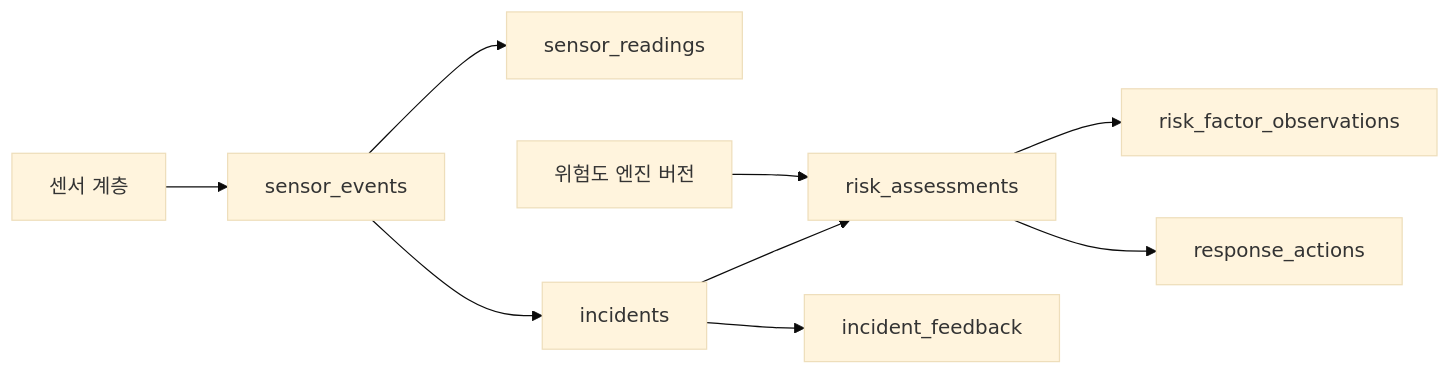
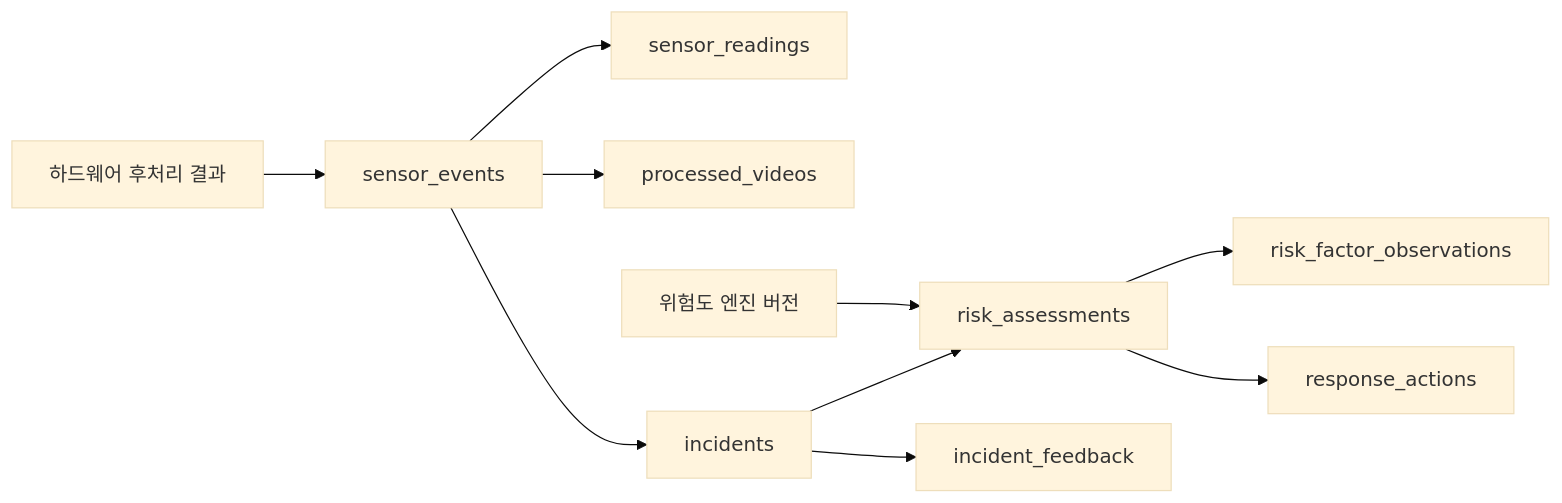
Before and after one commit to Uree1229/Risk-ZERO: the second of 3 diagrams in docs/database-design.md, drawn with Mermaid (base theme). The commit also changed other lines of this file and 16 other files, not shown here.

Commit message:
Read mobile events from SQLite and store processed media

````diff
--- a/docs/database-design.md
+++ b/docs/database-design.md
@@ -28,11 +29,12 @@
 ```mermaid
 flowchart LR
-    A["센서 계층"] --> B["sensor_events"]
+    A["하드웨어 후처리 결과"] --> B["sensor_events"]
     B --> C["sensor_readings"]
+    B --> V["processed_videos"]
     B --> D["incidents"]
     D --> E["risk_assessments"]
     E --> F["risk_factor_observations"]
     E --> G["response_actions"]
     D --> H["incident_feedback"]
     I["위험도 엔진 버전"] --> E
 ```
````
